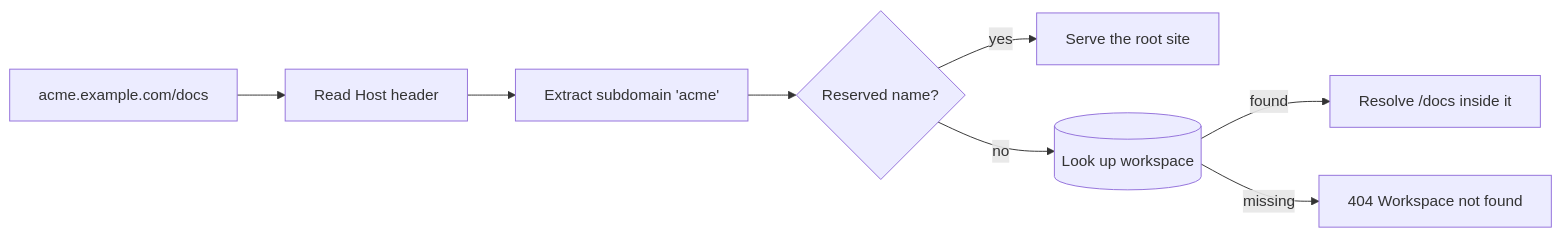
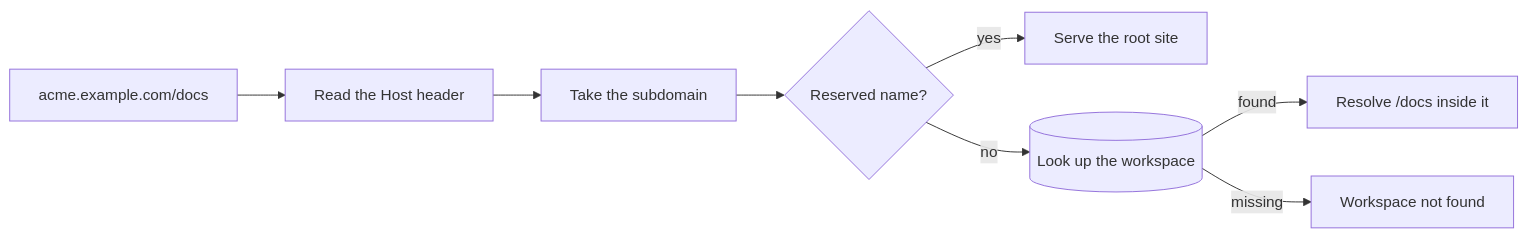
One commit to hamedniroomand/masir changed the diagram in docs/guide/multi-workspace.md. Above: the diagram before and after it, drawn with Mermaid. The commit also changed other lines of this file and 29 other files, not shown here.

````diff
--- a/docs/guide/multi-workspace.md
+++ b/docs/guide/multi-workspace.md
@@ -50,10 +56,10 @@
 ```mermaid
 flowchart LR
-  A["acme.example.com/docs"] --> B[Read Host header]
-  B --> C[Extract subdomain 'acme']
+  A["acme.example.com/docs"] --> B[Read the Host header]
+  B --> C[Take the subdomain]
   C --> D{Reserved name?}
   D -->|yes| E[Serve the root site]
-  D -->|no| F[(Look up workspace)]
+  D -->|no| F[(Look up the workspace)]
   F -->|found| G[Resolve /docs inside it]
-  F -->|missing| H[404 Workspace not found]
+  F -->|missing| H[Workspace not found]
 ```
````
